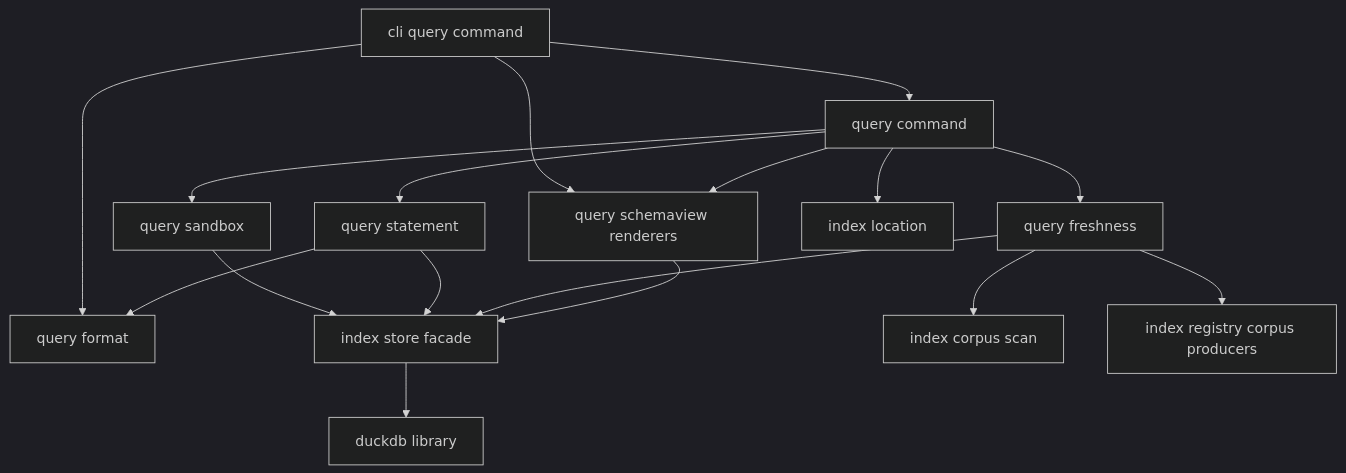
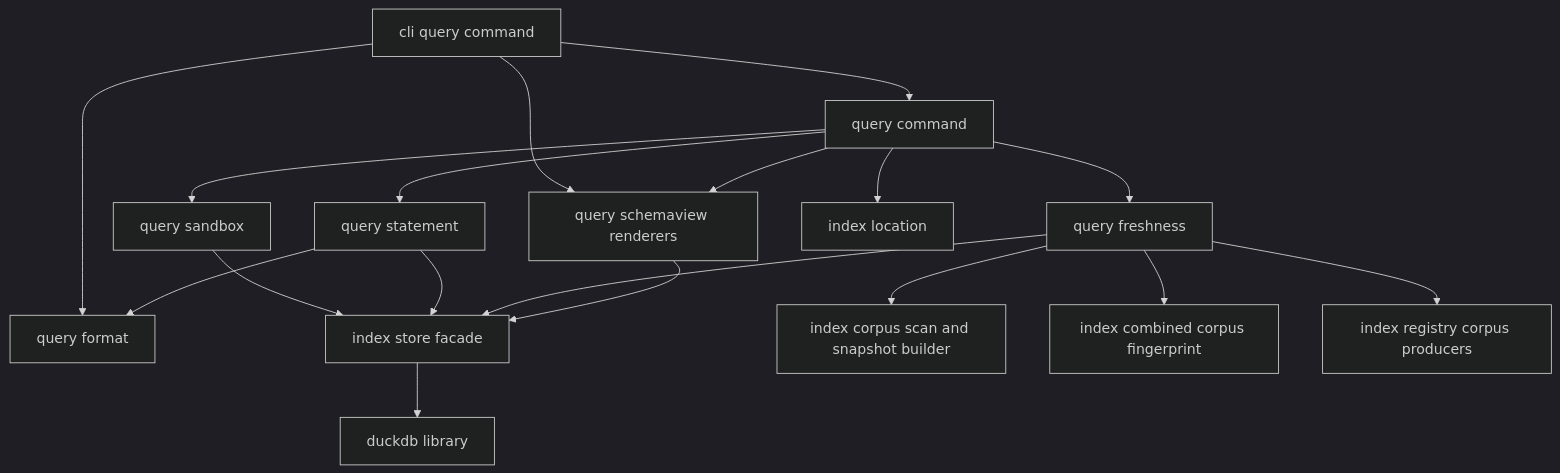
One commit to joshua-stauffer/fitdocs changed the first of 3 diagrams in .kiro/specs/analytics-query/design.md. Above: the diagram before and after it, drawn with Mermaid (dark theme). The commit also changed other lines of this file and 2 other files, not shown here.

Commit message:
spec(analytics-query): cross-spec round 1 -- corpus fingerprints through index's snapshot builder after close, U1-U3 cite landed index tasks, connectors Amendment 2, floor-run scope

````diff
--- a/.kiro/specs/analytics-query/design.md
+++ b/.kiro/specs/analytics-query/design.md
@@ -206,19 +251,20 @@
 ```mermaid
 graph TB
     Cli[cli query command] --> Command[query command]
     Cli --> Format[query format]
     Cli --> SchemaView[query schemaview renderers]
     Command --> Sandbox[query sandbox]
     Command --> Statement[query statement]
     Command --> Freshness[query freshness]
     Command --> SchemaView
     Statement --> Format
     Sandbox --> Store[index store facade]
     Statement --> Store
-    Freshness --> Corpus[index corpus scan]
+    Freshness --> Corpus[index corpus scan and snapshot builder]
+    Freshness --> Fingerprint[index combined corpus fingerprint]
     Freshness --> Registry[index registry corpus producers]
     Freshness --> Store
     SchemaView --> Store
     Command --> Location[index location]
     Store --> DuckDB[duckdb library]
 ```
````
